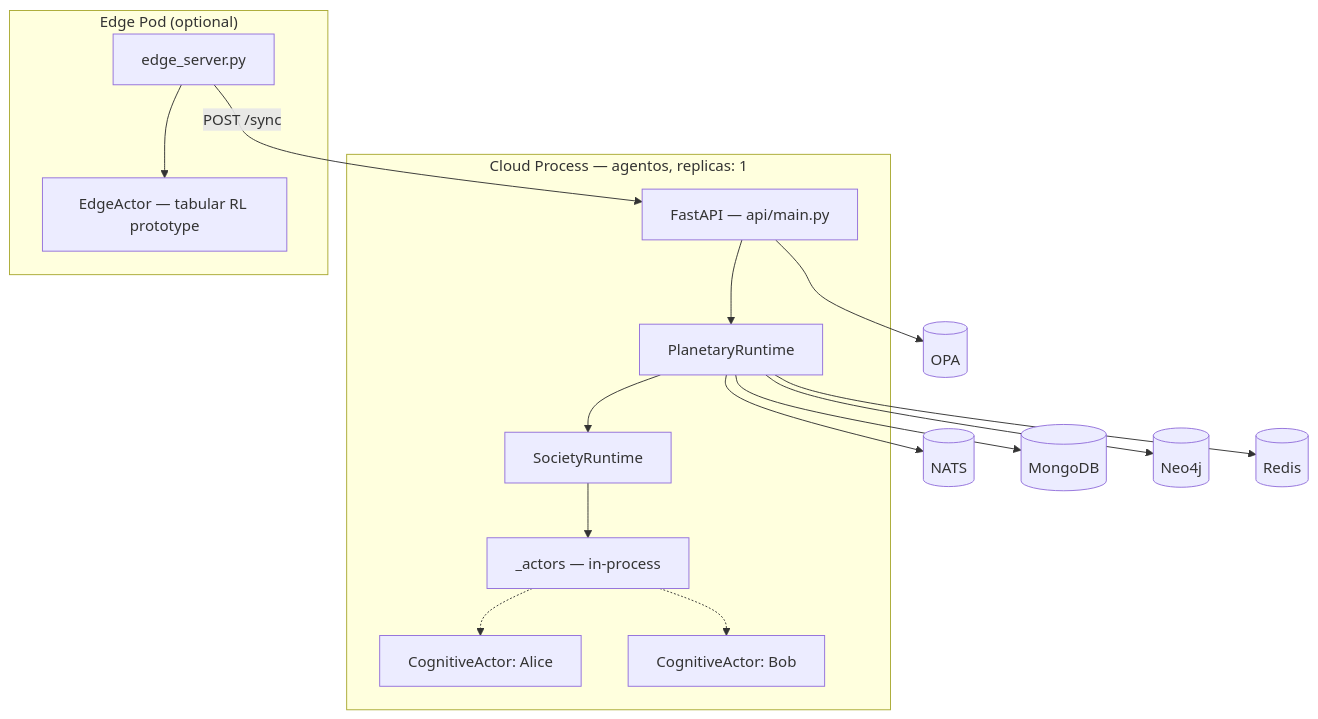
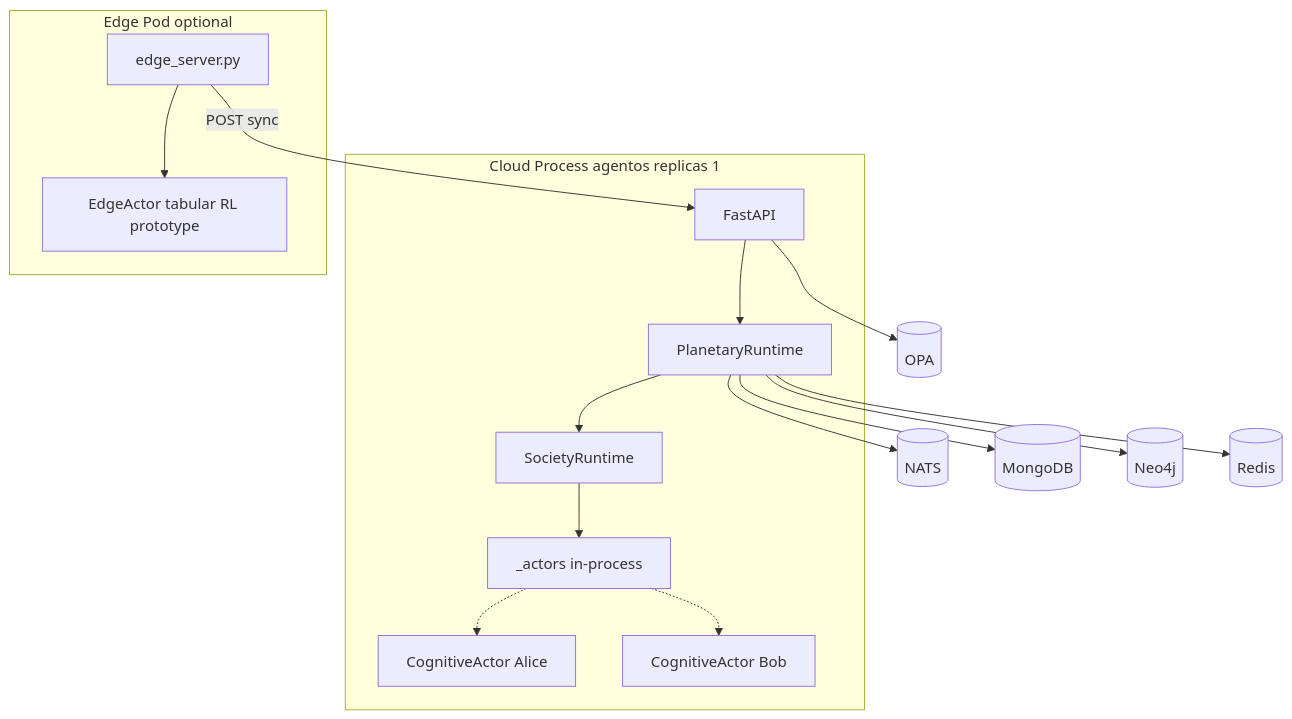
The sixth of 22 diagrams in docs/DIAGRAMS.md (monkeypatched-stack/cogitive-os), drawn with Mermaid before and after one commit. The commit also changed other lines of this file, not shown here.

Commit message:
adding diagrams

````diff
--- a/docs/DIAGRAMS.md
+++ b/docs/DIAGRAMS.md
@@ -236,26 +253,35 @@
 ```mermaid
-graph TB
-    subgraph CLOUD["Cloud Process — agentos, replicas: 1"]
-        API["FastAPI — api/main.py"]
+flowchart TB
+    subgraph cloudGrp["Cloud Process agentos replicas 1"]
+        API["FastAPI"]
         PR["PlanetaryRuntime"]
         SR["SocietyRuntime"]
-        ACTORS["_actors — in-process"]
-        A1["CognitiveActor: Alice"]
-        A2["CognitiveActor: Bob"]
-        API --> PR --> SR --> ACTORS
-        ACTORS -.-> A1 & A2
+        ACTORS["_actors in-process"]
+        A1["CognitiveActor Alice"]
+        A2["CognitiveActor Bob"]
+        API --> PR
+        PR --> SR
+        SR --> ACTORS
+        ACTORS -.-> A1
+        ACTORS -.-> A2
     end
 
-    subgraph EDGE["Edge Pod (optional)"]
+    subgraph edgeGrp["Edge Pod optional"]
         ES["edge_server.py"]
-        EA["EdgeActor — tabular RL prototype"]
+        EA["EdgeActor tabular RL prototype"]
         ES --> EA
     end
 
-    PR --> NATS[("NATS")]
-    PR --> MONGO[("MongoDB")]
-    PR --> NEO[("Neo4j")]
-    PR --> REDIS[("Redis")]
-    API --> OPA[("OPA")]
-    ES -- "POST /sync" --> API
+    NATS[("NATS")]
+    MONGO[("MongoDB")]
+    NEO[("Neo4j")]
+    REDIS[("Redis")]
+    OPA[("OPA")]
+
+    PR --> NATS
+    PR --> MONGO
+    PR --> NEO
+    PR --> REDIS
+    API --> OPA
+    ES -->|POST sync| API
 ```
````
